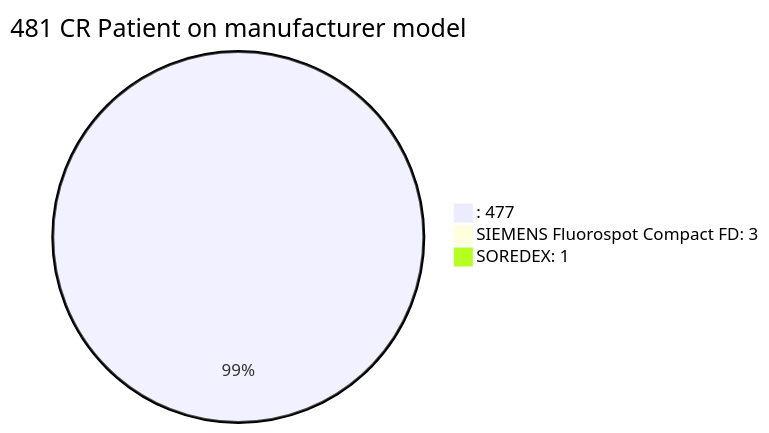
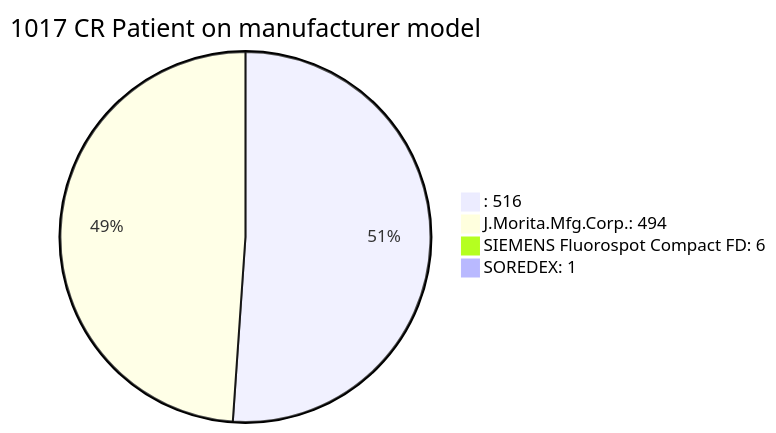
Before and after one commit to doidio/nonapx: diagram 19 of 27 in a1_raw_dicom.md, drawn with Mermaid. The commit also changed other lines of this file and 4 other files, not shown here.

````diff
--- a/a1_raw_dicom.md
+++ b/a1_raw_dicom.md
@@ -229,6 +151,7 @@
 ```mermaid
-pie title 481 CR Patient on manufacturer model
-    ": 477" : 477
-    "SIEMENS Fluorospot Compact FD: 3" : 3
+pie title 1017 CR Patient on manufacturer model
+    ": 516" : 516
+    "J.Morita.Mfg.Corp.: 494" : 494
+    "SIEMENS Fluorospot Compact FD: 6" : 6
     "SOREDEX: 1" : 1
 ```
````
